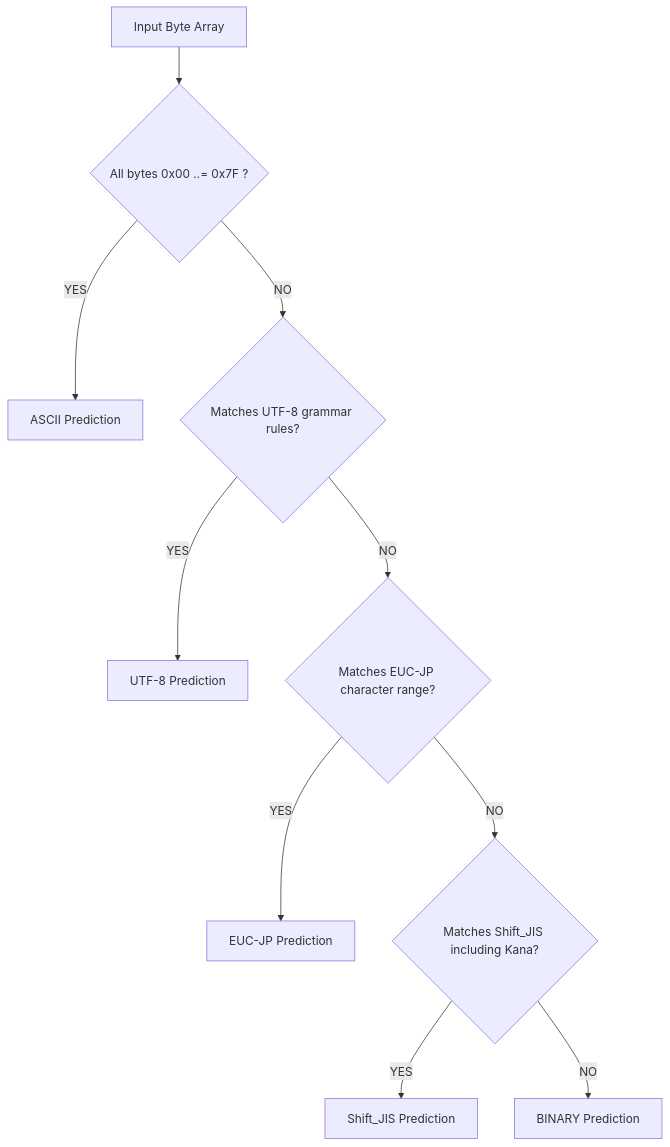
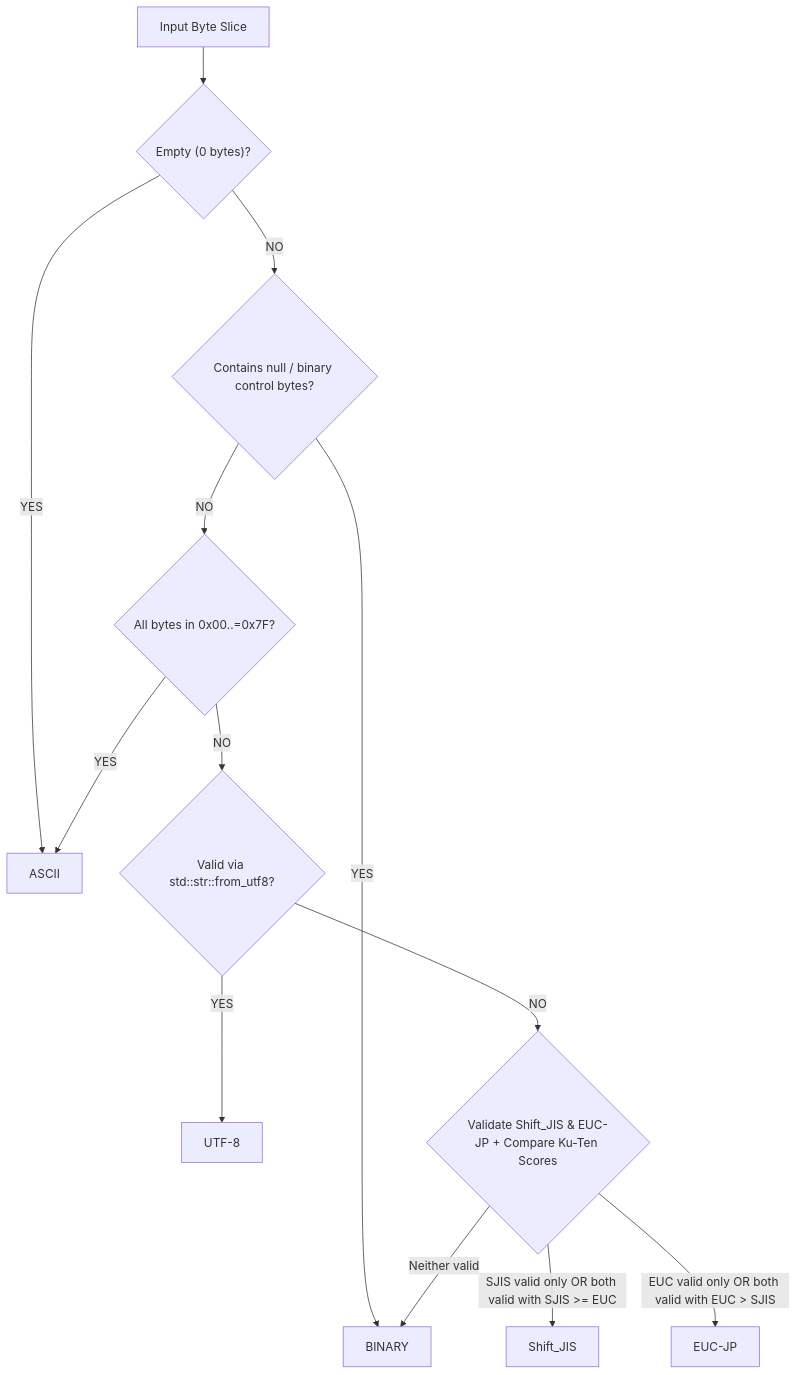
Before and after one commit to tkshnkgwr/MyNKF: the second of 2 diagrams in docs/en/DIAGRAM.md, drawn with Mermaid. The commit also changed other lines of this file and 28 other files, not shown here.

````diff
--- a/docs/en/DIAGRAM.md
+++ b/docs/en/DIAGRAM.md
@@ -51,16 +52,19 @@
 ```mermaid
 graph TD
-    Start[Input Byte Array] --> CheckASCII{All bytes 0x00 ..= 0x7F ?}
+    Start["Input Byte Slice"] --> CheckEmpty{"Empty (0 bytes)?"}
+    CheckEmpty -->|"YES"| ReturnASCII["ASCII"]
+    CheckEmpty -->|"NO"| CheckCtrl{"Contains null / binary control bytes?"}
 
-    CheckASCII -->|YES| ReturnASCII[ASCII Prediction]
-    CheckASCII -->|NO| CheckUTF8{Matches UTF-8 grammar rules?}
+    CheckCtrl -->|"YES"| ReturnBinary["BINARY"]
+    CheckCtrl -->|"NO"| CheckASCII{"All bytes in 0x00..=0x7F?"}
 
-    CheckUTF8 -->|YES| ReturnUTF8[UTF-8 Prediction]
-    CheckUTF8 -->|NO| CheckEUC{Matches EUC-JP character range?}
+    CheckASCII -->|"YES"| ReturnASCII
+    CheckASCII -->|"NO"| CheckUTF8{"Valid via std::str::from_utf8?"}
 
-    CheckEUC -->|YES| ReturnEUC[EUC-JP Prediction]
-    CheckEUC -->|NO| CheckSJIS{Matches Shift_JIS including Kana?}
+    CheckUTF8 -->|"YES"| ReturnUTF8["UTF-8"]
+    CheckUTF8 -->|"NO"| CheckJIS{"Validate Shift_JIS & EUC-JP + Compare Ku-Ten Scores"}
 
-    CheckSJIS -->|YES| ReturnSJIS[Shift_JIS Prediction]
-    CheckSJIS -->|NO| ReturnBinary[BINARY Prediction]
+    CheckJIS -->|"SJIS valid only OR both valid with SJIS >= EUC"| ReturnSJIS["Shift_JIS"]
+    CheckJIS -->|"EUC valid only OR both valid with EUC > SJIS"| ReturnEUC["EUC-JP"]
+    CheckJIS -->|"Neither valid"| ReturnBinary
 ```
````
